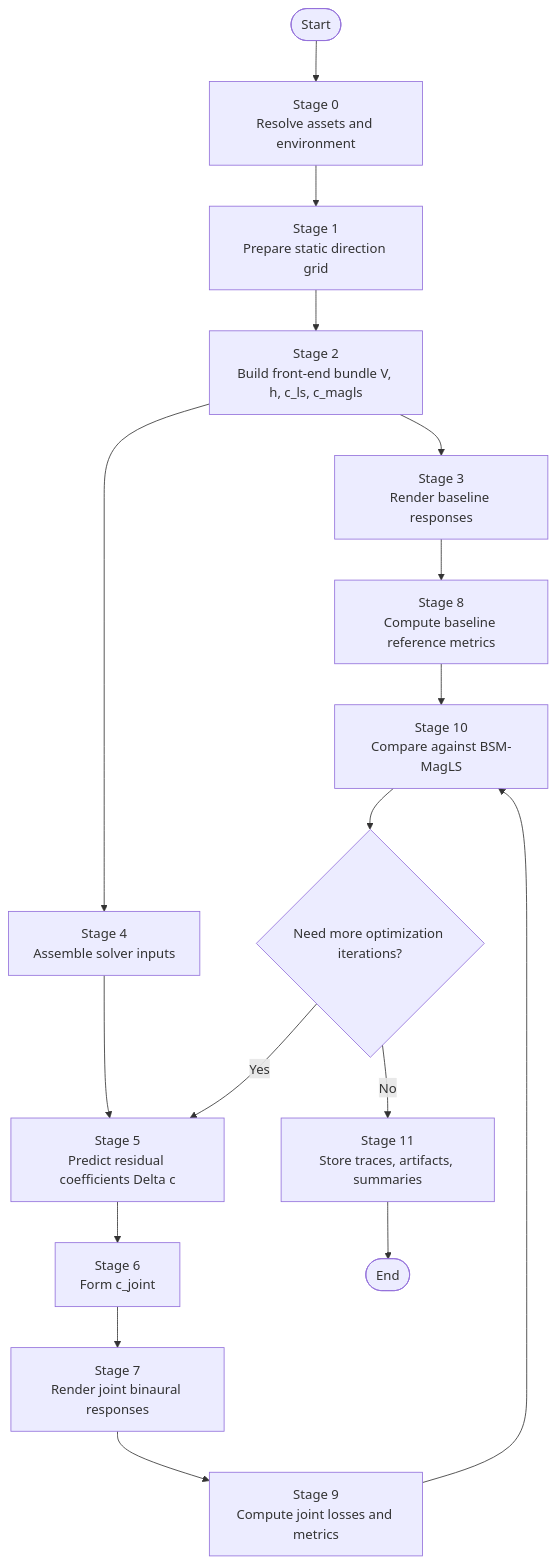
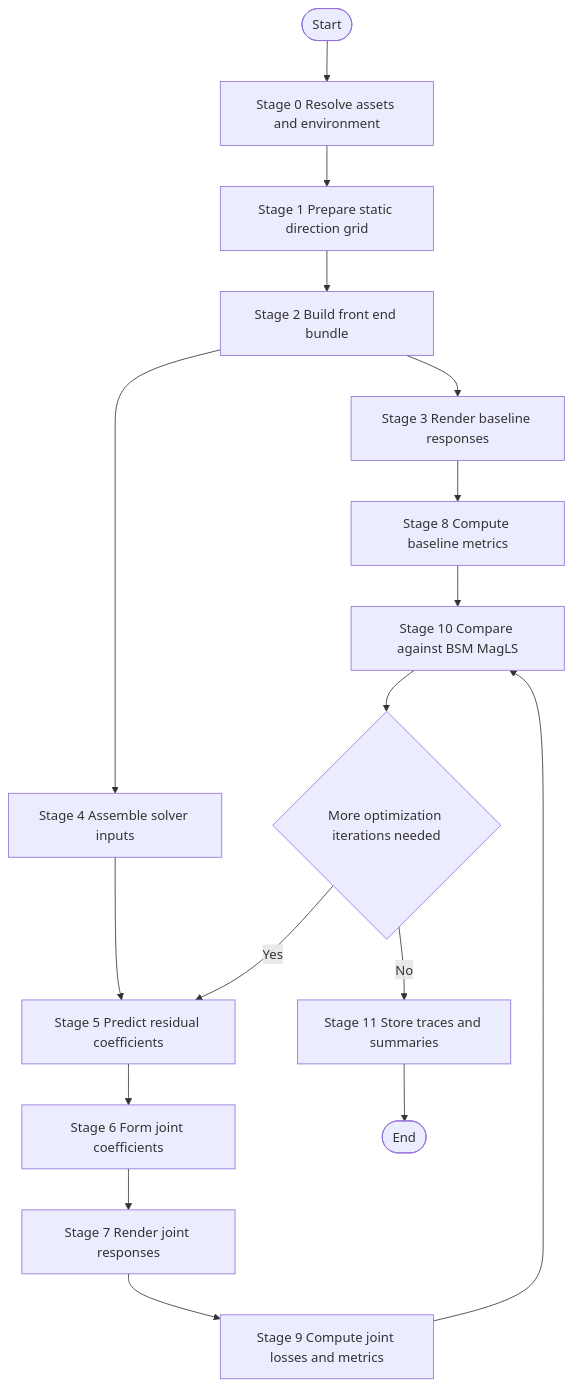
The diagram in 02_Architecture/Logic/ARCH-02_Method_Pipeline.md (Albertfa2021/BSM_Harness), drawn with Mermaid before and after one commit. The commit also changed 1 other file, not shown here.

Commit message:
Simplify Mermaid flowcharts for markdown preview compatibility

````diff
--- a/02_Architecture/Logic/ARCH-02_Method_Pipeline.md
+++ b/02_Architecture/Logic/ARCH-02_Method_Pipeline.md
@@ -25,19 +25,19 @@
 ```mermaid
-flowchart TD
-    S([Start]) --> A[Stage 0<br/>Resolve assets and environment]
-    A --> B[Stage 1<br/>Prepare static direction grid]
-    B --> C[Stage 2<br/>Build front-end bundle V, h, c_ls, c_magls]
-    C --> D[Stage 3<br/>Render baseline responses]
-    C --> E[Stage 4<br/>Assemble solver inputs]
-    E --> F[Stage 5<br/>Predict residual coefficients Delta c]
-    F --> G[Stage 6<br/>Form c_joint]
-    G --> H[Stage 7<br/>Render joint binaural responses]
-    D --> I[Stage 8<br/>Compute baseline reference metrics]
-    H --> J[Stage 9<br/>Compute joint losses and metrics]
-    I --> K[Stage 10<br/>Compare against BSM-MagLS]
+graph TD
+    S([Start]) --> A[Stage 0 Resolve assets and environment]
+    A --> B[Stage 1 Prepare static direction grid]
+    B --> C[Stage 2 Build front end bundle]
+    C --> D[Stage 3 Render baseline responses]
+    C --> E[Stage 4 Assemble solver inputs]
+    E --> F[Stage 5 Predict residual coefficients]
+    F --> G[Stage 6 Form joint coefficients]
+    G --> H[Stage 7 Render joint responses]
+    D --> I[Stage 8 Compute baseline metrics]
+    H --> J[Stage 9 Compute joint losses and metrics]
+    I --> K[Stage 10 Compare against BSM MagLS]
     J --> K
-    K --> L{Need more optimization iterations?}
+    K --> L{More optimization iterations needed}
     L -->|Yes| F
-    L -->|No| M[Stage 11<br/>Store traces, artifacts, summaries]
+    L -->|No| M[Stage 11 Store traces and summaries]
     M --> T([End])
 ```
````
